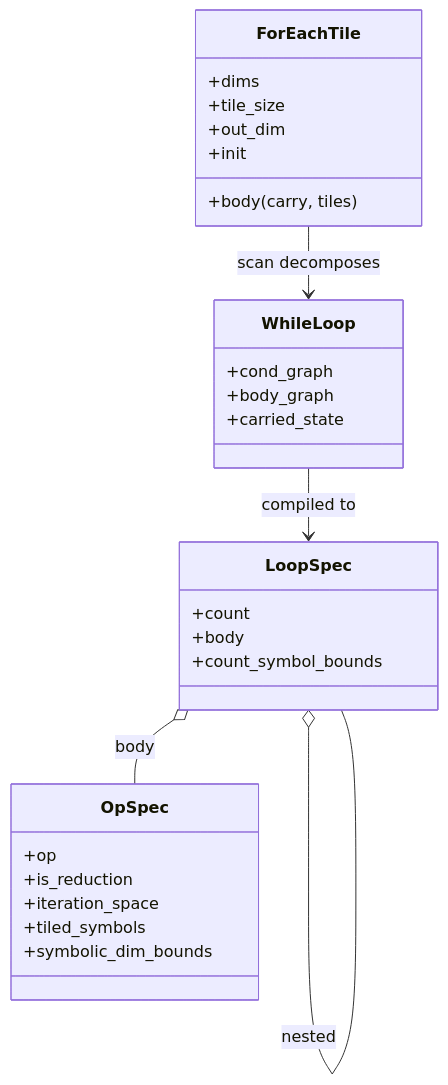
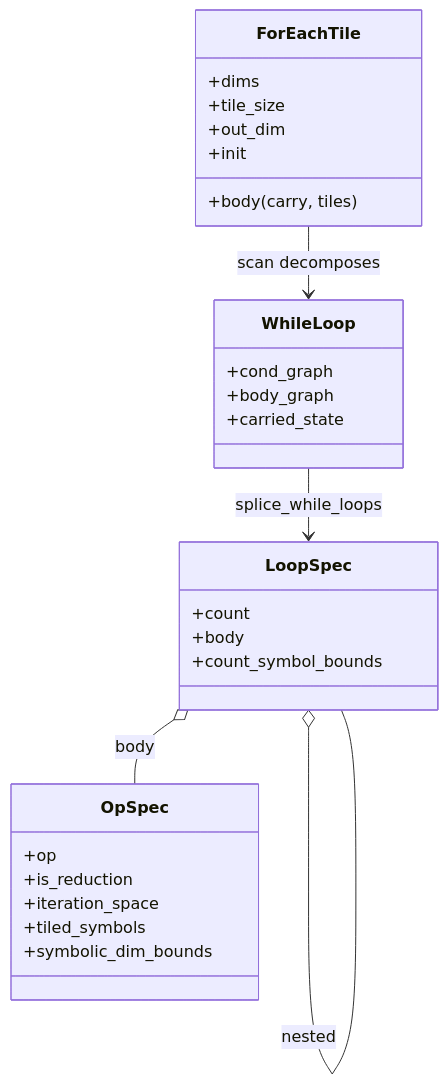
One commit to GopikrishnaGitRepo/torch-spyre changed the ninth of 14 diagrams in docs/source/compiler/symbolic_shapes.md. Above: the diagram before and after it, drawn with Mermaid. The commit also changed other lines of this file, not shown here.

````diff
--- a/docs/source/compiler/symbolic_shapes.md
+++ b/docs/source/compiler/symbolic_shapes.md
@@ -571,31 +975,31 @@
 ```mermaid
 classDiagram
   class ForEachTile {
     +body(carry, tiles)
     +dims
     +tile_size
     +out_dim
     +init
   }
   class WhileLoop {
     +cond_graph
     +body_graph
     +carried_state
   }
   class LoopSpec {
     +count
     +body
     +count_symbol_bounds
   }
   class OpSpec {
     +op
     +is_reduction
     +iteration_space
     +tiled_symbols
     +symbolic_dim_bounds
   }
   ForEachTile --> WhileLoop : scan decomposes
-  WhileLoop --> LoopSpec : compiled to
+  WhileLoop --> LoopSpec : splice_while_loops
   LoopSpec o-- OpSpec : body
   LoopSpec o-- LoopSpec : nested
 ```
````
